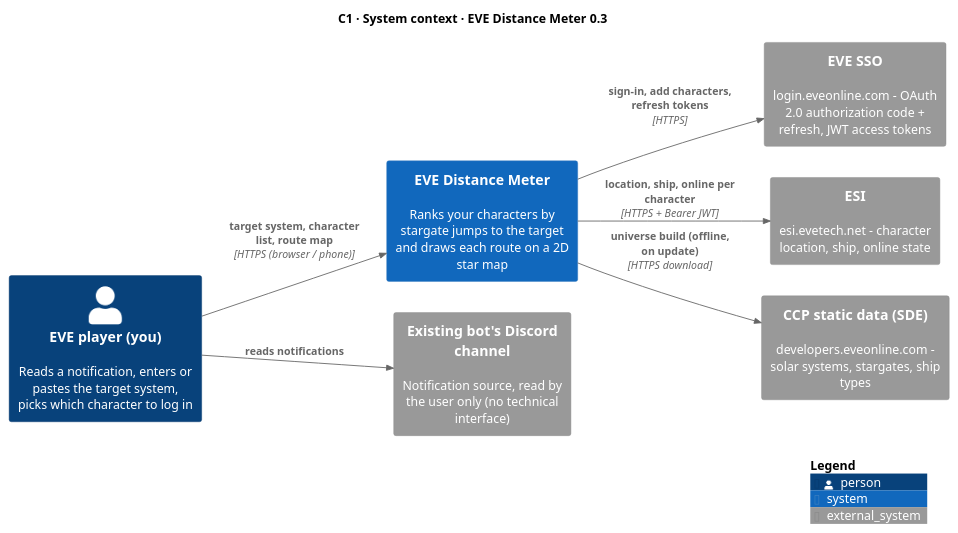
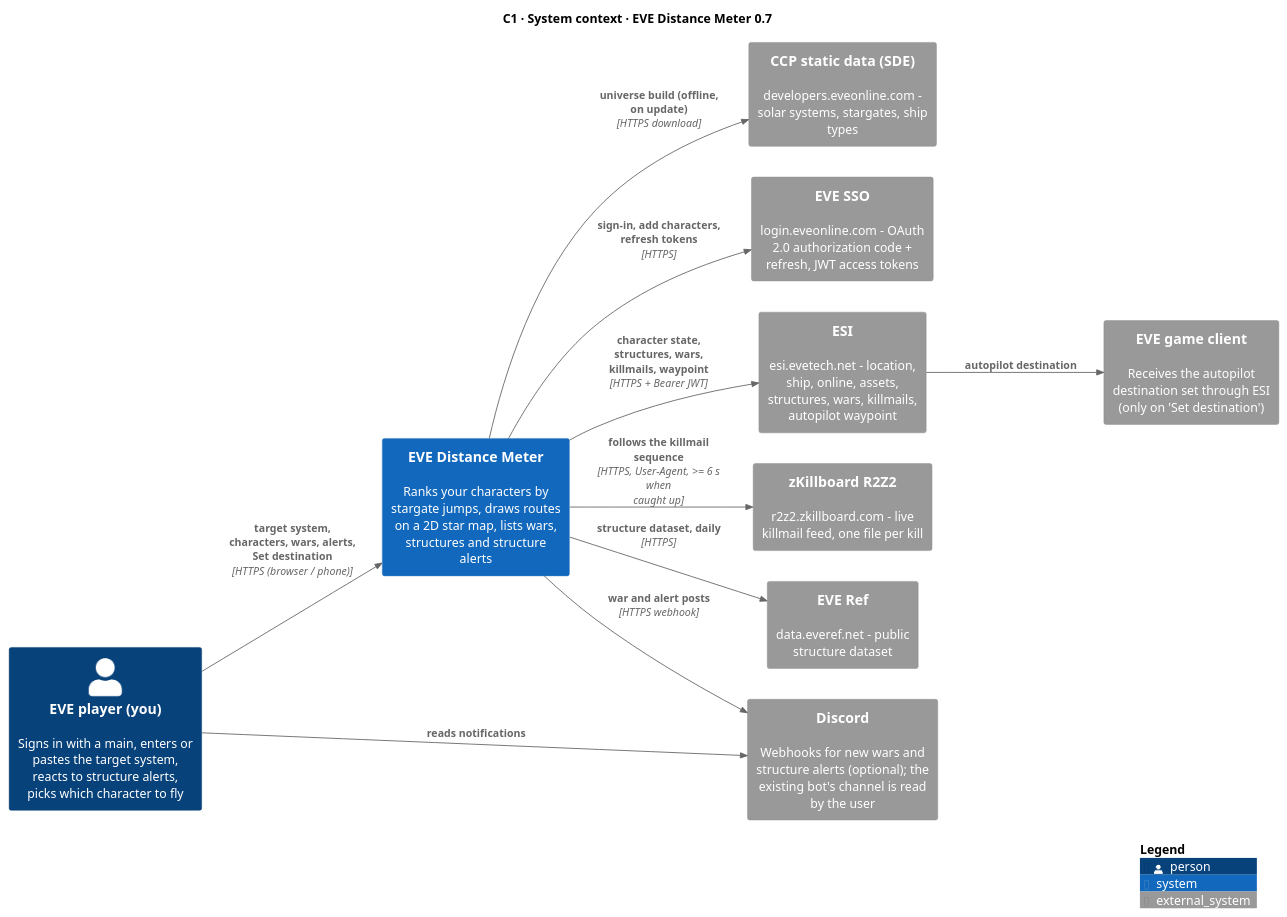
One commit to Headruner/war-bot-2 changed the diagram in docs/c4/01-c1-system-context.puml. Above: the diagram before and after it, drawn with PlantUML. The commit also changed 20 other files, not shown here.

First line of the commit message:
docs: document structure alerts

```diff
--- a/docs/c4/01-c1-system-context.puml
+++ b/docs/c4/01-c1-system-context.puml
@@ -1,19 +1,26 @@
 @startuml c1-system-context
 !include <C4/C4_Context>
-title C1 · System context · EVE Distance Meter 0.3
+title C1 · System context · EVE Distance Meter 0.7
 LAYOUT_LEFT_RIGHT()
 
-Person(user, "EVE player (you)", "Reads a notification, enters or pastes the target system, picks which character to log in")
-System(evedm, "EVE Distance Meter", "Ranks your characters by stargate jumps to the target and draws each route on a 2D star map")
+Person(user, "EVE player (you)", "Signs in with a main, enters or pastes the target system, reacts to structure alerts, picks which character to fly")
+System(evedm, "EVE Distance Meter", "Ranks your characters by stargate jumps, draws routes on a 2D star map, lists wars, structures and structure alerts")
 System_Ext(sso, "EVE SSO", "login.eveonline.com - OAuth 2.0 authorization code + refresh, JWT access tokens")
-System_Ext(esi, "ESI", "esi.evetech.net - character location, ship, online state")
+System_Ext(esi, "ESI", "esi.evetech.net - location, ship, online, assets, structures, wars, killmails, autopilot waypoint")
+System_Ext(client, "EVE game client", "Receives the autopilot destination set through ESI (only on 'Set destination')")
+System_Ext(zkb, "zKillboard R2Z2", "r2z2.zkillboard.com - live killmail feed, one file per kill")
+System_Ext(everef, "EVE Ref", "data.everef.net - public structure dataset")
+System_Ext(discord, "Discord", "Webhooks for new wars and structure alerts (optional); the existing bot's channel is read by the user")
 System_Ext(sde, "CCP static data (SDE)", "developers.eveonline.com - solar systems, stargates, ship types")
-System_Ext(discord, "Existing bot's Discord channel", "Notification source, read by the user only (no technical interface)")
 
+Rel(user, evedm, "target system, characters, wars, alerts, Set destination", "HTTPS (browser / phone)")
 Rel(user, discord, "reads notifications")
-Rel(user, evedm, "target system, character list, route map", "HTTPS (browser / phone)")
 Rel(evedm, sso, "sign-in, add characters, refresh tokens", "HTTPS")
-Rel(evedm, esi, "location, ship, online per character", "HTTPS + Bearer JWT")
+Rel(evedm, esi, "character state, structures, wars, killmails, waypoint", "HTTPS + Bearer JWT")
+Rel(esi, client, "autopilot destination")
+Rel(evedm, zkb, "follows the killmail sequence", "HTTPS, User-Agent, >= 6 s when caught up")
+Rel(evedm, everef, "structure dataset, daily", "HTTPS")
+Rel(evedm, discord, "war and alert posts", "HTTPS webhook")
 Rel(evedm, sde, "universe build (offline, on update)", "HTTPS download")
 SHOW_LEGEND()
 @enduml
```
